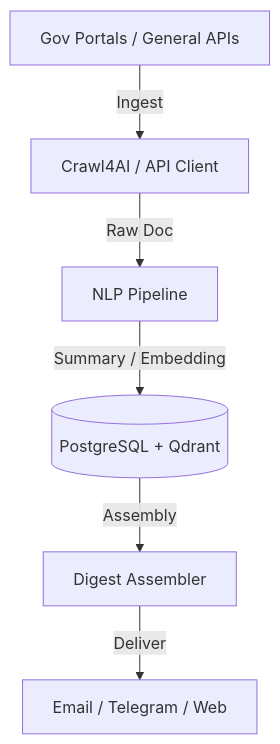
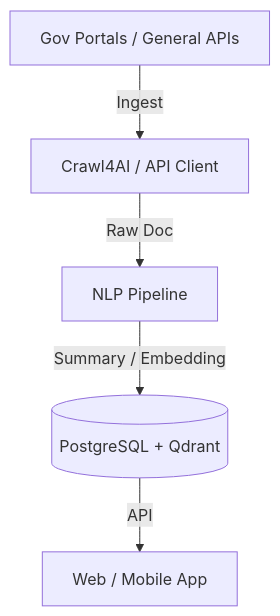
One commit to bhavik-mangla/aipulse-backend changed the diagram in README.md. Above: the diagram before and after it, drawn with Mermaid. The commit also changed other lines of this file and 127 other files, not shown here.

````diff
--- a/README.md
+++ b/README.md
@@ -69,8 +68,7 @@
 ```mermaid
 graph TD
     Sources[Gov Portals / General APIs] -->|Ingest| Crawler[Crawl4AI / API Client]
     Crawler -->|Raw Doc| Pipeline[NLP Pipeline]
     Pipeline -->|Summary / Embedding| DB[(PostgreSQL + Qdrant)]
-    DB -->|Assembly| Digest[Digest Assembler]
-    Digest -->|Deliver| Channels[Email / Telegram / Web]
+    DB -->|API| Web[Web / Mobile App]
 ```
````
